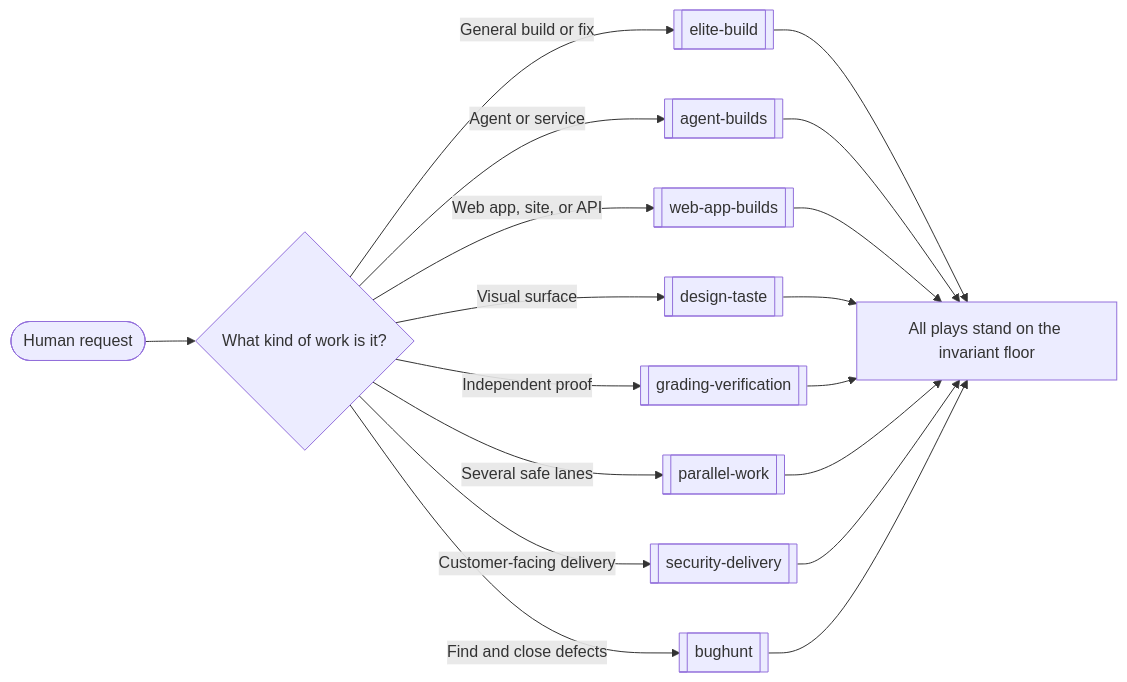
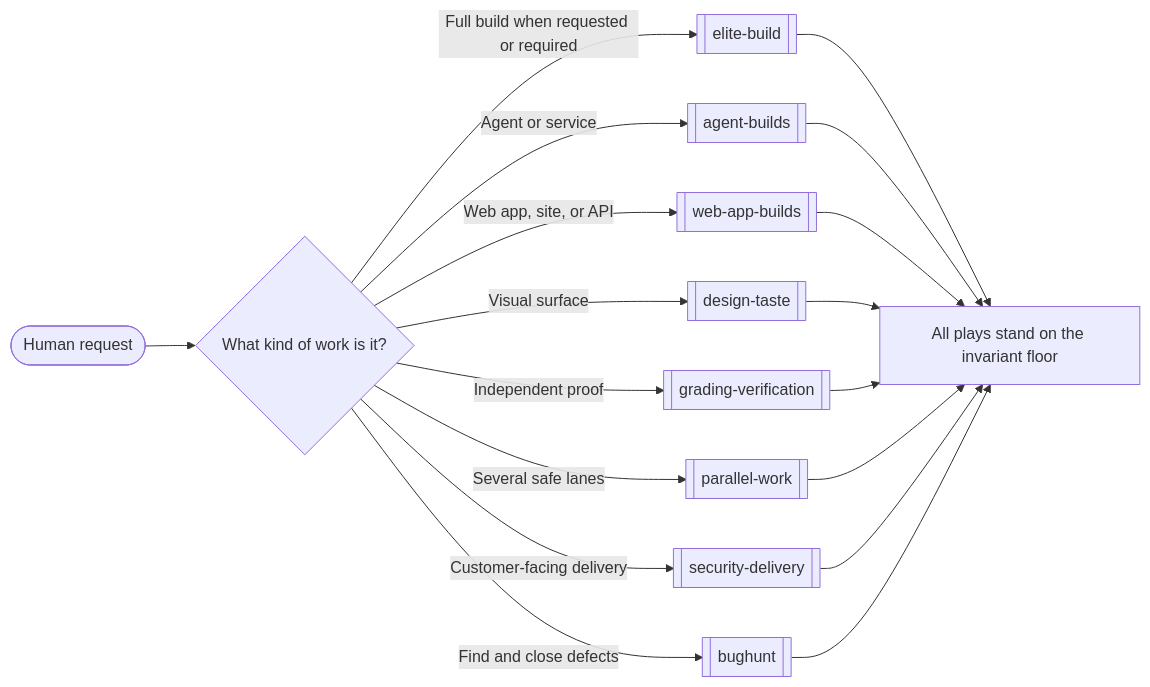
The third of 11 diagrams in docs/FLOWCHARTS.md (Tcuzzo/backs-aios-skills), drawn with Mermaid before and after one commit. The commit also changed other lines of this file and 263 other files, not shown here.

First line of the commit message:
feat: integrate bounded Build Flow and operator essence

````diff
--- a/docs/FLOWCHARTS.md
+++ b/docs/FLOWCHARTS.md
@@ -95,24 +157,24 @@
 ```mermaid
 flowchart LR
   accTitle: Choose the BACKS AIOS play that matches the work
   accDescr: A request routes to one of eight named plays for general builds, agents, web apps, visual design, grading, parallel work, security, or bug hunting.
 
   Start([Human request]) --> Route{What kind of work is it?}
-  Route -->|General build or fix| Elite[[elite-build]]
+  Route -->|Full build when requested or required| Elite[[elite-build]]
   Route -->|Agent or service| Agent[[agent-builds]]
   Route -->|Web app, site, or API| Web[[web-app-builds]]
   Route -->|Visual surface| Taste[[design-taste]]
   Route -->|Independent proof| Grade[[grading-verification]]
   Route -->|Several safe lanes| Parallel[[parallel-work]]
   Route -->|Customer-facing delivery| Security[[security-delivery]]
   Route -->|Find and close defects| Hunt[[bughunt]]
 
   Elite --> Floor[All plays stand on the invariant floor]
   Agent --> Floor
   Web --> Floor
   Taste --> Floor
   Grade --> Floor
   Parallel --> Floor
   Security --> Floor
   Hunt --> Floor
 ```
````
